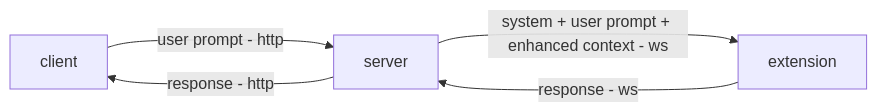
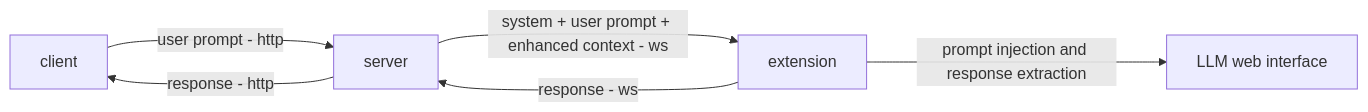
One commit to krishna4040/llm-injector changed the diagram in README.md. Above: the diagram before and after it, drawn with Mermaid. The commit also changed 1 other file, not shown here.

Commit message:
fix: client packages

````diff
--- a/README.md
+++ b/README.md
@@ -11,7 +11,9 @@
 ```mermaid
 flowchart LR
+LLM[LLM web interface]
 client --->|user prompt - http| server
 server --->|system + user prompt + enhanced context - ws| extension
+extension --->|prompt injection and response extraction| LLM
 extension --->|response - ws| server
 server --->|response - http| client
 ```
````
